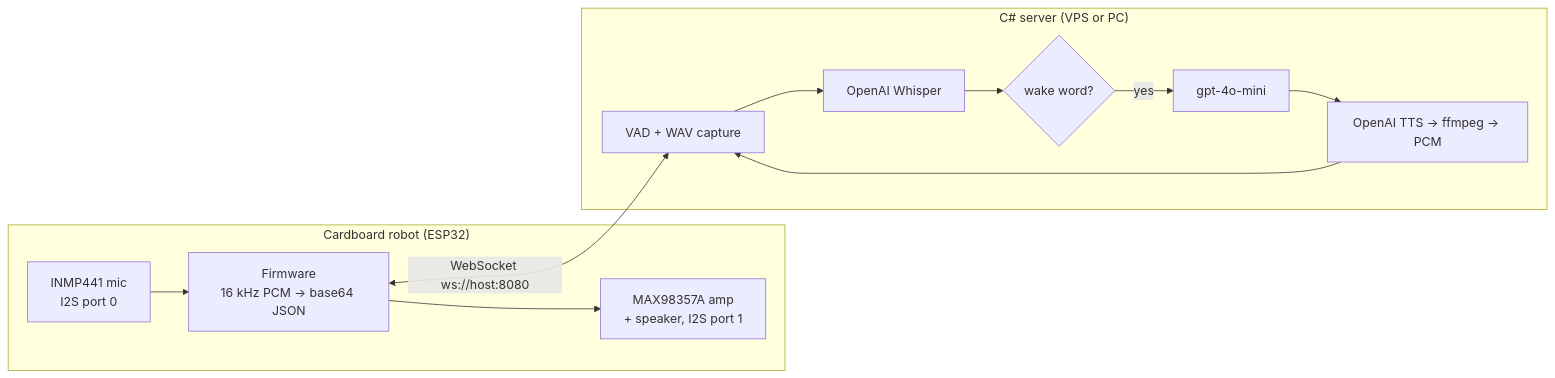
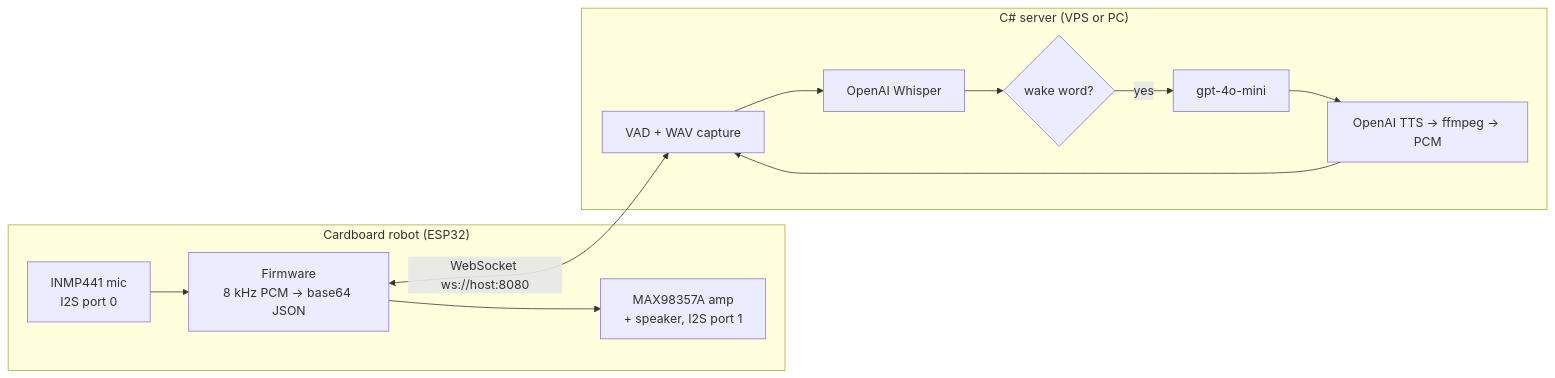
One commit to mohtheghost/cardboard-robot-voice-assistant changed the diagram in README.md. Above: the diagram before and after it, drawn with Mermaid. The commit also changed other lines of this file and 10 other files, not shown here.

````diff
--- a/README.md
+++ b/README.md
@@ -26,15 +33,15 @@
 ```mermaid
 flowchart LR
     subgraph Robot["Cardboard robot (ESP32)"]
-        MIC["INMP441 mic<br/>I2S port 0"] --> FW["Firmware<br/>16 kHz PCM → base64 JSON"]
+        MIC["INMP441 mic<br/>I2S port 0"] --> FW["Firmware<br/>8 kHz PCM → base64 JSON"]
         FW --> SPK["MAX98357A amp<br/>+ speaker, I2S port 1"]
     end
     FW <-->|"WebSocket ws://host:8080"| SRV
     subgraph Server["C# server (VPS or PC)"]
         SRV["VAD + WAV capture"] --> STT["OpenAI Whisper"]
         STT --> WAKE{"wake word?"}
         WAKE -->|yes| GPT["gpt-4o-mini"]
         GPT --> TTS["OpenAI TTS → ffmpeg → PCM"]
         TTS --> SRV
     end
 ```
````
